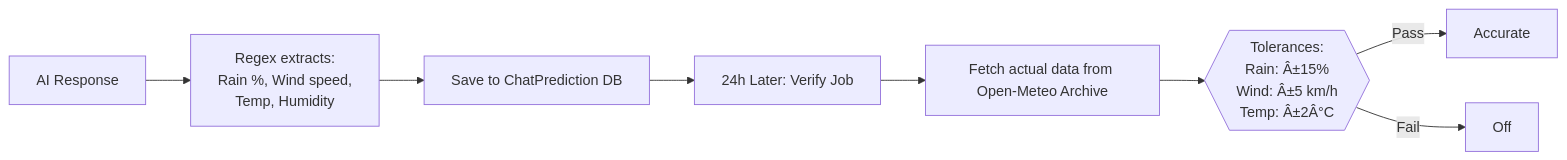
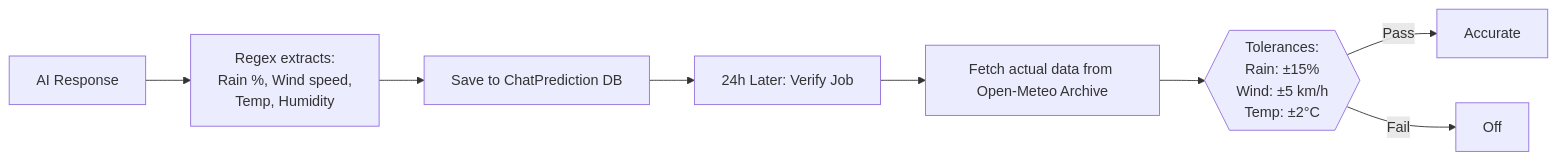
One commit to omcodes16/make-to-win changed the sixth of 6 diagrams in README.md. Above: the diagram before and after it, drawn with Mermaid. The commit also changed other lines of this file, not shown here.

Commit message:
docs: restructure README with full SIH26068 project details, status, team, data sources, and architecture

````diff
--- a/README.md
+++ b/README.md
@@ -405,12 +587,12 @@
 ```mermaid
 flowchart LR
     Answer["AI Response"] --> Extract["Regex extracts:\nRain %, Wind speed,\nTemp, Humidity"]
     Extract --> Log["Save to ChatPrediction DB"]
 
     Log --> NextDay["24h Later: Verify Job"]
     NextDay --> OMArchive["Fetch actual data from Open-Meteo Archive"]
 
-    OMArchive --> Compare{{"Tolerances:\nRain: Â±15%\nWind: Â±5 km/h\nTemp: Â±2Â°C"}}
+    OMArchive --> Compare{{"Tolerances:\nRain: ±15%\nWind: ±5 km/h\nTemp: ±2°C"}}
     Compare -->|Pass| Acc["Accurate"]
     Compare -->|Fail| Off["Off"]
 ```
````
